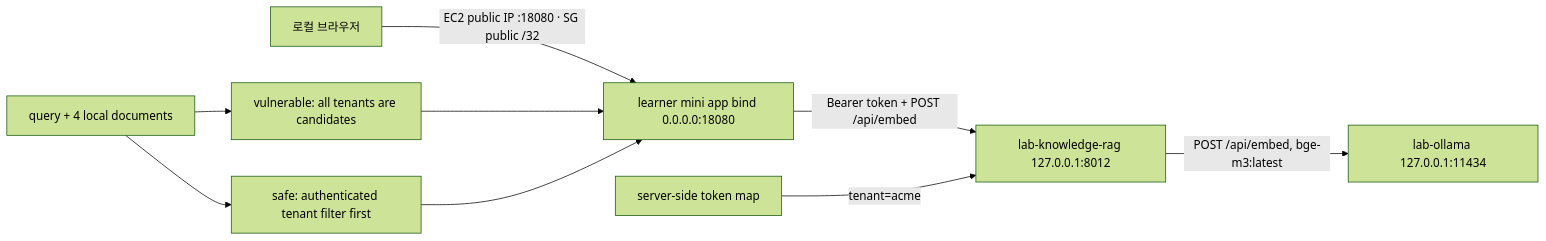
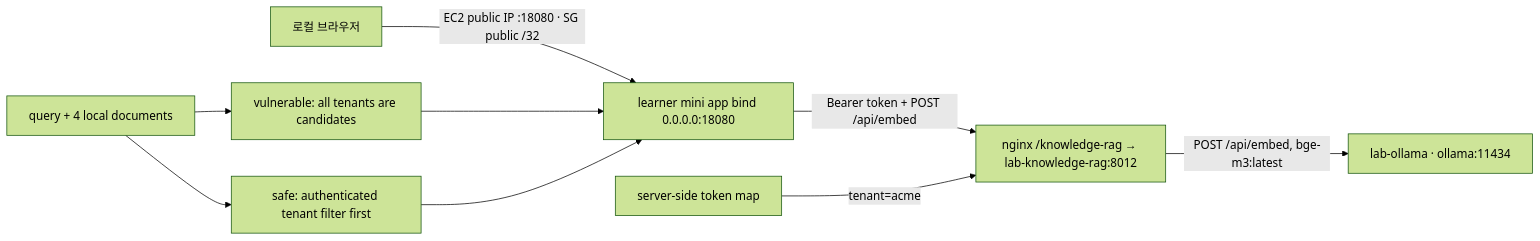
The third of 3 diagrams in docs/ARCHITECTURE.md (gasbugs/owasp-llm-lab-setup-guide), drawn with Mermaid (forest theme) before and after one commit. The commit also changed other lines of this file and 186 other files, not shown here.

````diff
--- a/docs/ARCHITECTURE.md
+++ b/docs/ARCHITECTURE.md
@@ -158,11 +158,11 @@
 ```mermaid
 flowchart LR
   B["로컬 브라우저"] -->|"EC2 public IP :18080 · SG public /32"| M["learner mini app bind 0.0.0.0:18080"]
-  M -->|"Bearer token + POST /api/embed"| D["lab-knowledge-rag 127.0.0.1:8012"]
-  D -->|"POST /api/embed, bge-m3:latest"| O["lab-ollama 127.0.0.1:11434"]
+  M -->|"Bearer token + POST /api/embed"| D["nginx /knowledge-rag → lab-knowledge-rag:8012"]
+  D -->|"POST /api/embed, bge-m3:latest"| O["lab-ollama · ollama:11434"]
   Q["query + 4 local documents"] --> V["vulnerable: all tenants are candidates"]
   Q --> S["safe: authenticated tenant filter first"]
   V --> M
   S --> M
   A["server-side token map"] -->|"tenant=acme"| D
 ```
````
